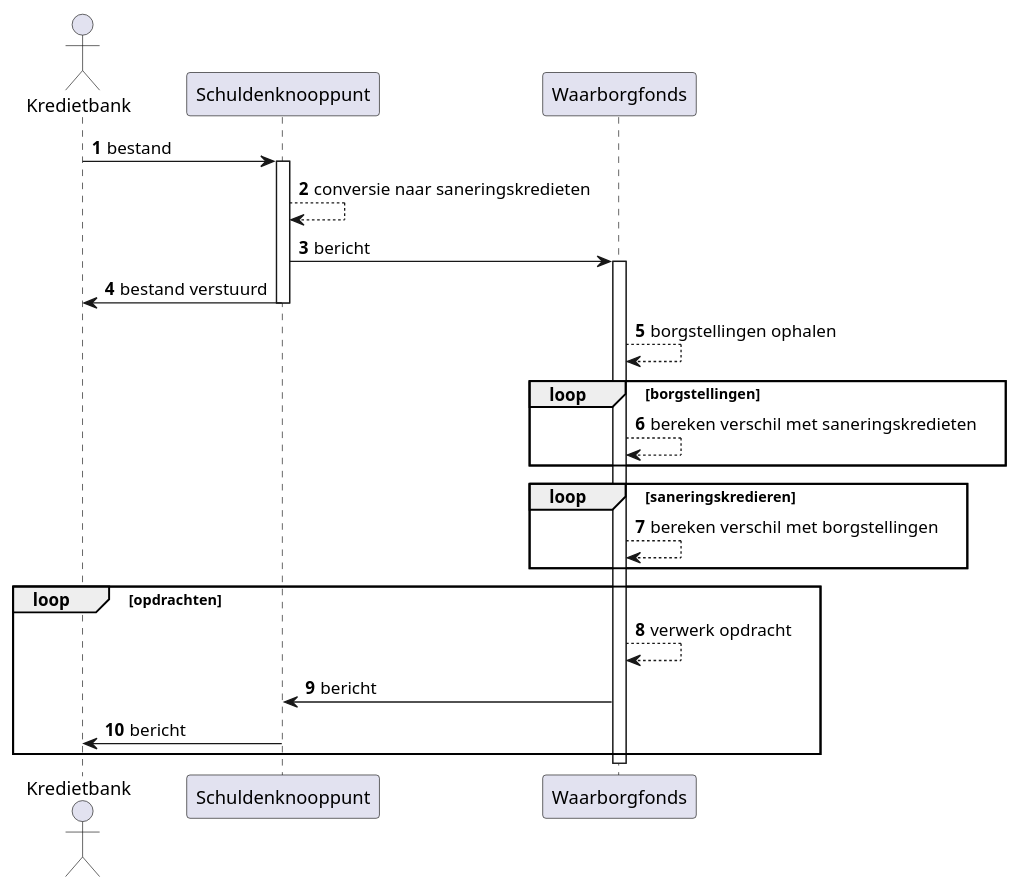
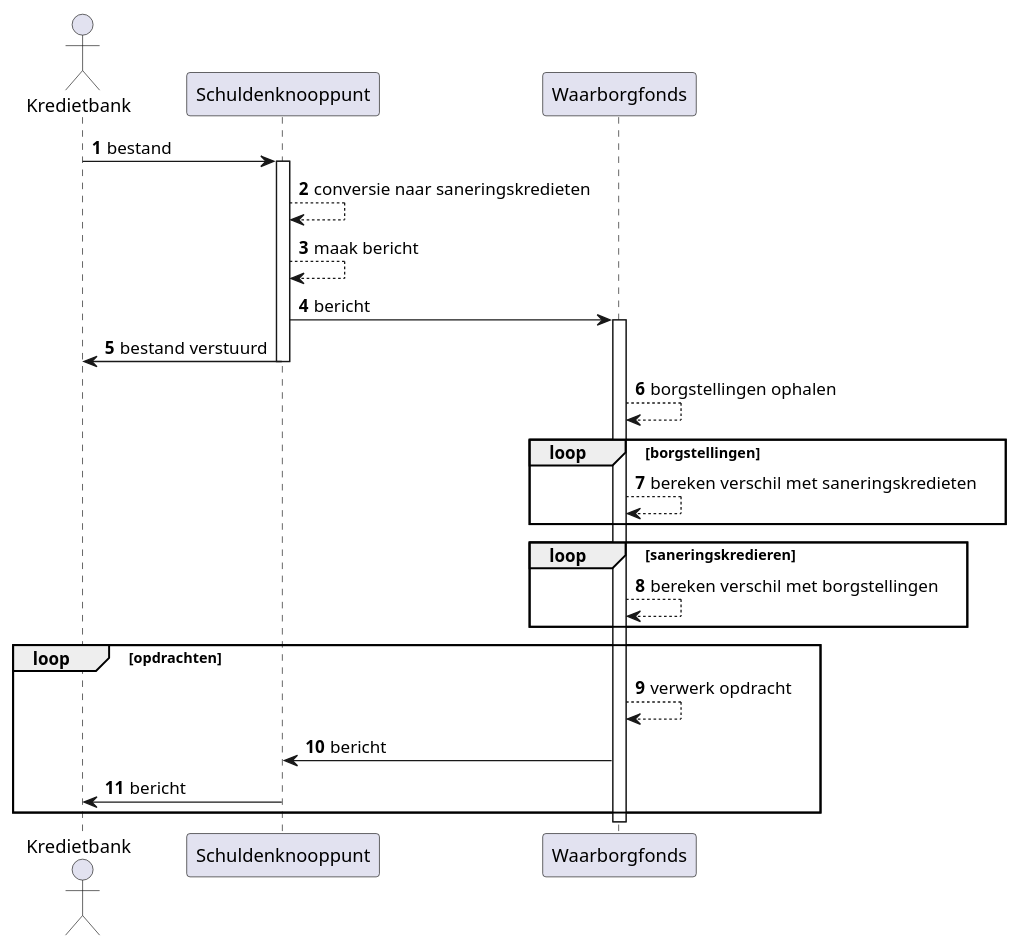
Before and after one commit to sbnnl/documentatie: the diagram in docs/800_adapters/100_handmatig-muteren/sequence-diagram.puml, drawn with PlantUML. The commit also changed 1 other file, not shown here.

Commit message:
sequence aangepast

```diff
--- a/docs/800_adapters/100_handmatig-muteren/sequence-diagram.puml
+++ b/docs/800_adapters/100_handmatig-muteren/sequence-diagram.puml
@@ -1,41 +1,41 @@
 @startuml
 autonumber
 
 actor Kredietbank as user
 participant "Schuldenknooppunt" as skp
 participant "Waarborgfonds" as wsk
 
 user -> skp : bestand
 
 activate skp
 
 skp --> skp : conversie naar saneringskredieten
-
+skp --> skp : maak bericht
 skp -> wsk : bericht
 
 activate wsk
 
 skp -> user : bestand verstuurd
 
 deactivate skp
 
 
 wsk --> wsk : borgstellingen ophalen
 
 loop borgstellingen
     wsk --> wsk : bereken verschil met saneringskredieten
 end
 
 loop saneringskredieren
     wsk --> wsk : bereken verschil met borgstellingen
 end
 
 loop opdrachten
     wsk --> wsk : verwerk opdracht
     wsk -> skp : bericht
     skp -> user : bericht
 end
 
 deactivate wsk
 
 @enduml
```
